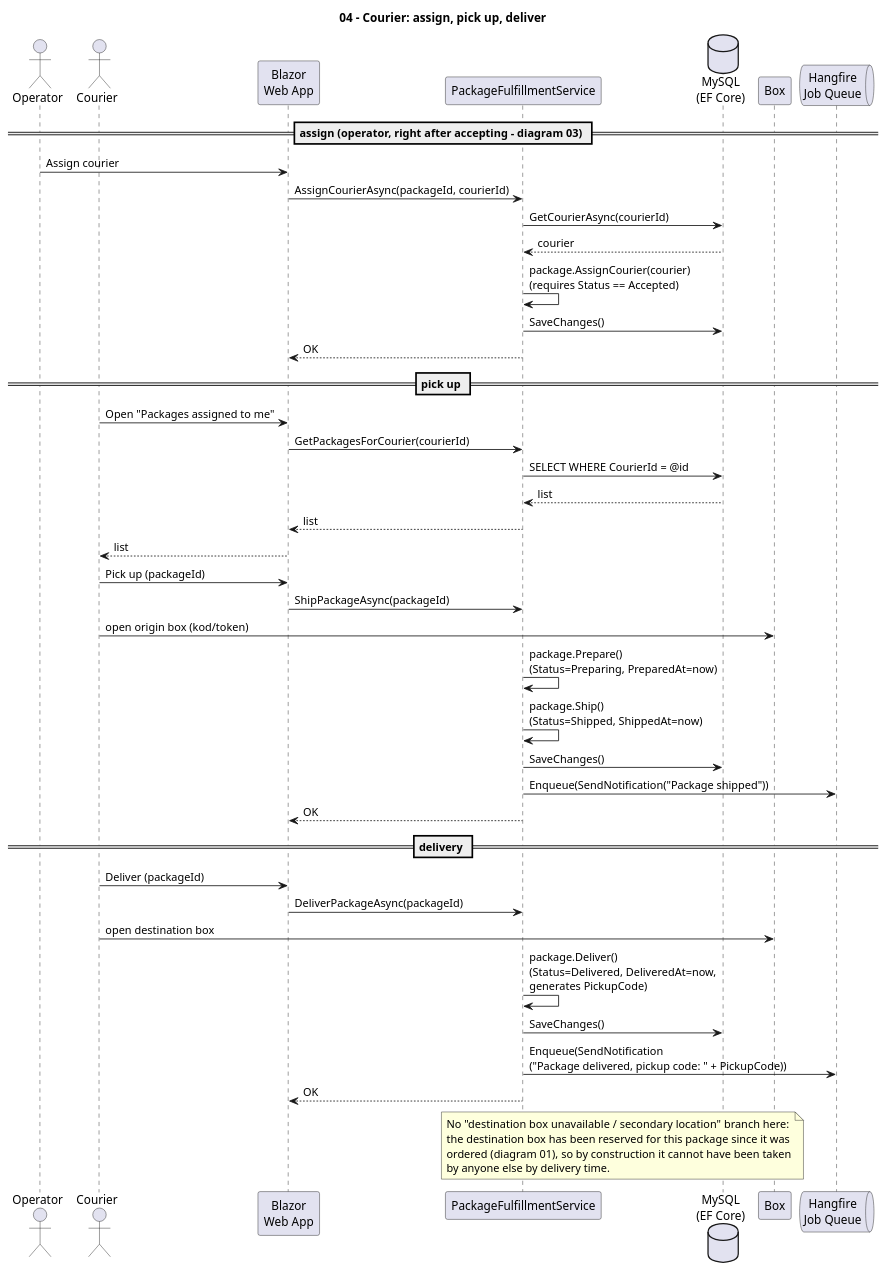
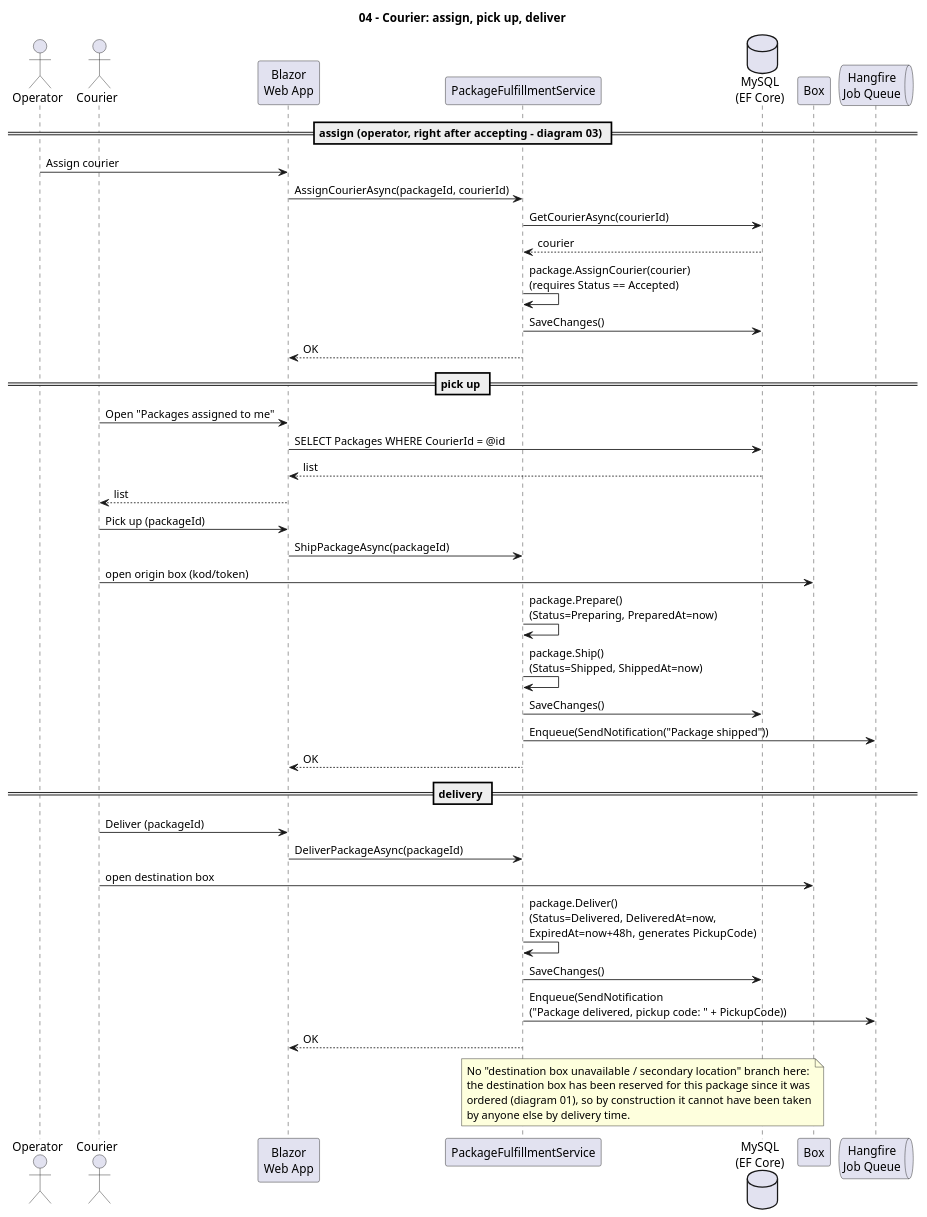
Before and after one commit to AGH-ISI-projects/package-management: the fourth of 6 diagrams in krzycha/docs/nowe/sekwencje/sequence-diagrams.puml, drawn with PlantUML. The commit also changed other lines of this file and 15 other files, not shown here.

First line of the commit message:
Aktualizacja diagramów i dokumentacji w docs/nowe do stanu kodu

```diff
--- a/krzycha/docs/nowe/sekwencje/sequence-diagrams.puml
+++ b/krzycha/docs/nowe/sekwencje/sequence-diagrams.puml
@@ -180,54 +203,52 @@
 @startuml 04-courier-pickup-delivery
 title 04 - Courier: assign, pick up, deliver
 
 actor Operator
 actor Courier
 participant "Blazor\nWeb App" as Web
 participant "PackageFulfillmentService" as FulfillSvc
 database "MySQL\n(EF Core)" as DB
 participant "Box" as Box
 queue "Hangfire\nJob Queue" as Hangfire
 
 == assign (operator, right after accepting - diagram 03) ==
 Operator -> Web: Assign courier
 Web -> FulfillSvc: AssignCourierAsync(packageId, courierId)
 FulfillSvc -> DB: GetCourierAsync(courierId)
 DB --> FulfillSvc: courier
 FulfillSvc -> FulfillSvc: package.AssignCourier(courier)\n(requires Status == Accepted)
 FulfillSvc -> DB: SaveChanges()
 FulfillSvc --> Web: OK
 
 == pick up ==
 Courier -> Web: Open "Packages assigned to me"
-Web -> FulfillSvc: GetPackagesForCourier(courierId)
-FulfillSvc -> DB: SELECT WHERE CourierId = @id
-DB --> FulfillSvc: list
-FulfillSvc --> Web: list
+Web -> DB: SELECT Packages WHERE CourierId = @id
+DB --> Web: list
 Web --> Courier: list
 
 Courier -> Web: Pick up (packageId)
 Web -> FulfillSvc: ShipPackageAsync(packageId)
 Courier -> Box: open origin box (kod/token)
 FulfillSvc -> FulfillSvc: package.Prepare()\n(Status=Preparing, PreparedAt=now)
 FulfillSvc -> FulfillSvc: package.Ship()\n(Status=Shipped, ShippedAt=now)
 FulfillSvc -> DB: SaveChanges()
 FulfillSvc -> Hangfire: Enqueue(SendNotification("Package shipped"))
 FulfillSvc --> Web: OK
 
 == delivery ==
 Courier -> Web: Deliver (packageId)
 Web -> FulfillSvc: DeliverPackageAsync(packageId)
 Courier -> Box: open destination box
-FulfillSvc -> FulfillSvc: package.Deliver()\n(Status=Delivered, DeliveredAt=now,\ngenerates PickupCode)
+FulfillSvc -> FulfillSvc: package.Deliver()\n(Status=Delivered, DeliveredAt=now,\nExpiredAt=now+48h, generates PickupCode)
 FulfillSvc -> DB: SaveChanges()
 FulfillSvc -> Hangfire: Enqueue(SendNotification\n("Package delivered, pickup code: " + PickupCode))
 FulfillSvc --> Web: OK
 
 note over FulfillSvc, DB
   No "destination box unavailable / secondary location" branch here:
   the destination box has been reserved for this package since it was
   ordered (diagram 01), so by construction it cannot have been taken
   by anyone else by delivery time.
 end note
 
 @enduml
```
